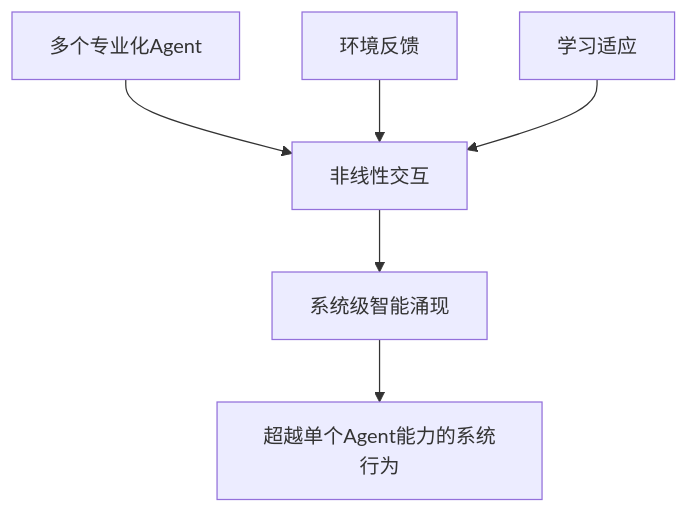
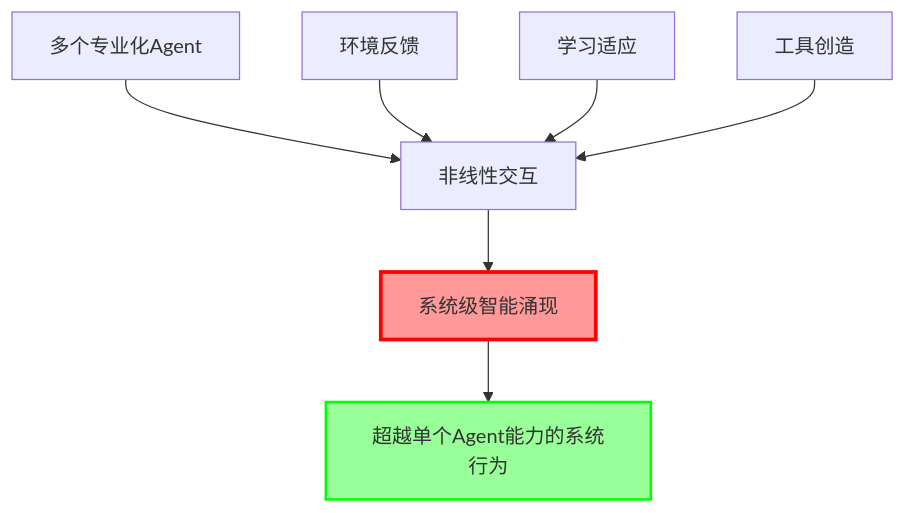
Before and after one commit to youyoude/agi-app-dev-guide-book: the diagram in 第零部分_Agentic_AI应用的基础认知/0.4_深入理解_理论基础与前沿发展.md, drawn with Mermaid. The commit also changed other lines of this file and 1 other file, not shown here.

````diff
--- a/第零部分_Agentic_AI应用的基础认知/0.4_深入理解_理论基础与前沿发展.md
+++ b/第零部分_Agentic_AI应用的基础认知/0.4_深入理解_理论基础与前沿发展.md
@@ -28,9 +95,13 @@
 ```mermaid
 graph TB
     A[多个专业化Agent] --> B[非线性交互]
     B --> C[系统级智能涌现]
     C --> D[超越单个Agent能力的系统行为]
     
     E[环境反馈] --> B
     F[学习适应] --> B
+    G[工具创造] --> B
+    
+    style C fill:#ff9999,stroke:#ff0000,stroke-width:3px
+    style D fill:#99ff99,stroke:#00ff00,stroke-width:2px
 ```
````
